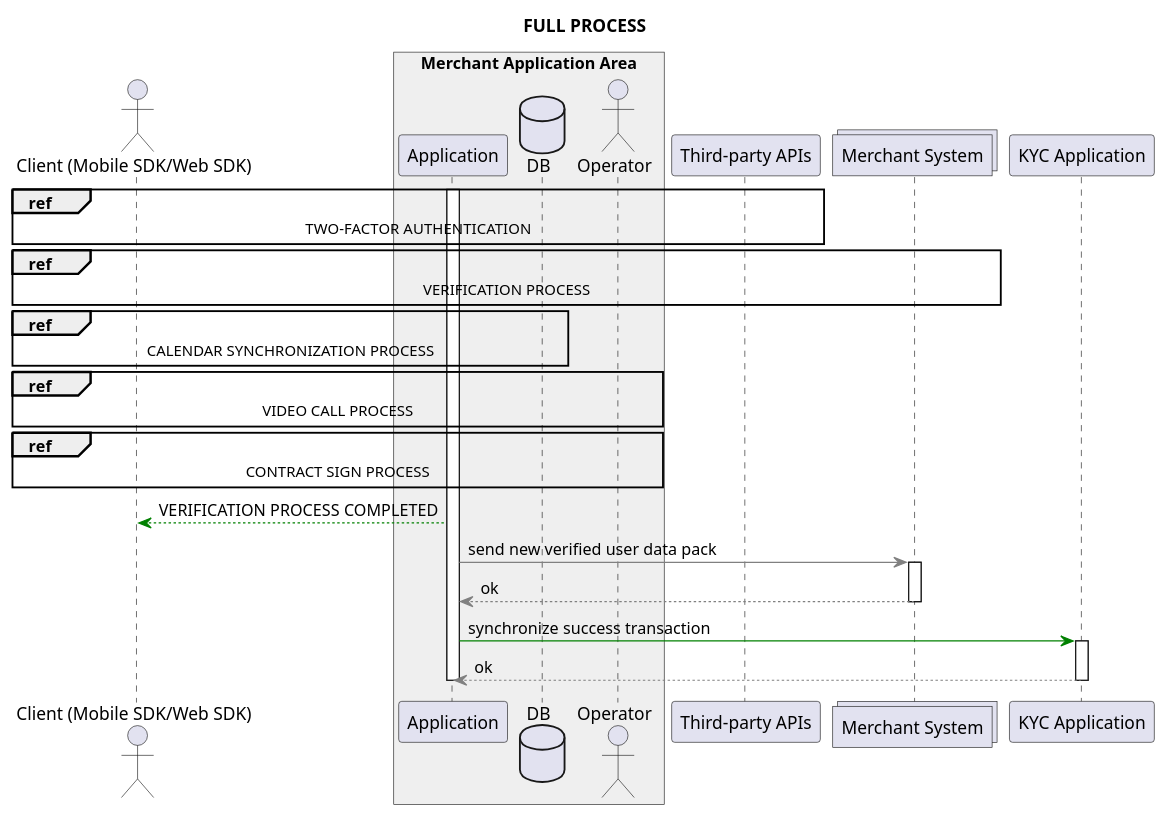
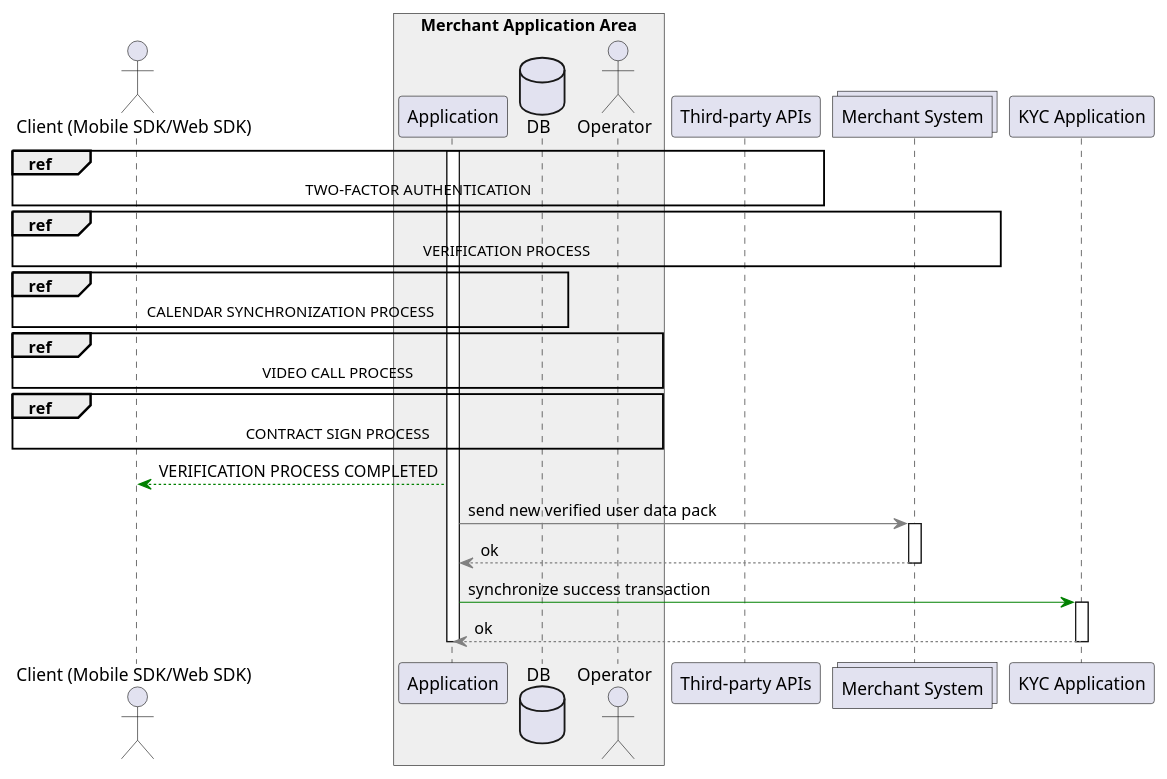
The diagram in docs/modules/how-it-works/pages/index.adoc (DjFact/kyc-docs), drawn with PlantUML before and after one commit. The commit also changed other lines of this file and 10 other files, not shown here.

```diff
--- a/docs/modules/how-it-works/pages/index.adoc
+++ b/docs/modules/how-it-works/pages/index.adoc
@@ -3,34 +18,32 @@
 [plantuml,format=svg,role=sequence]
 ----
 @startuml
-title FULL PROCESS
-
     actor "Client (Mobile SDK/Web SDK)" as Client
     box "Merchant Application Area" #efefef
         participant "Application" as Server
         database "DB" as DB
         actor Operator
     end box
     participant "Third-party APIs" as API
     collections "Merchant System" as Bank
     participant "KYC Application" as KYC
 
     activate Server
         ref over Client, Server, DB, API : TWO-FACTOR AUTHENTICATION
         ref over Client, Server, DB, API, Bank : VERIFICATION PROCESS
         ref over Client, Server, DB : CALENDAR SYNCHRONIZATION PROCESS
         ref over Client, Server, DB, Operator : VIDEO CALL PROCESS
         ref over Client, Server, DB, Operator : CONTRACT SIGN PROCESS
 
         Server -[#green]-> Client : VERIFICATION PROCESS COMPLETED
         Server -[#gray]> Bank : send new verified user data pack
         activate Bank
             Bank -[#gray]-> Server : ok
         deactivate Bank
         Server -[#green]> KYC : synchronize success transaction
         activate KYC
             KYC -[#gray]-> Server : ok
         deactivate KYC
     deactivate Server
 @enduml
 ----
```
